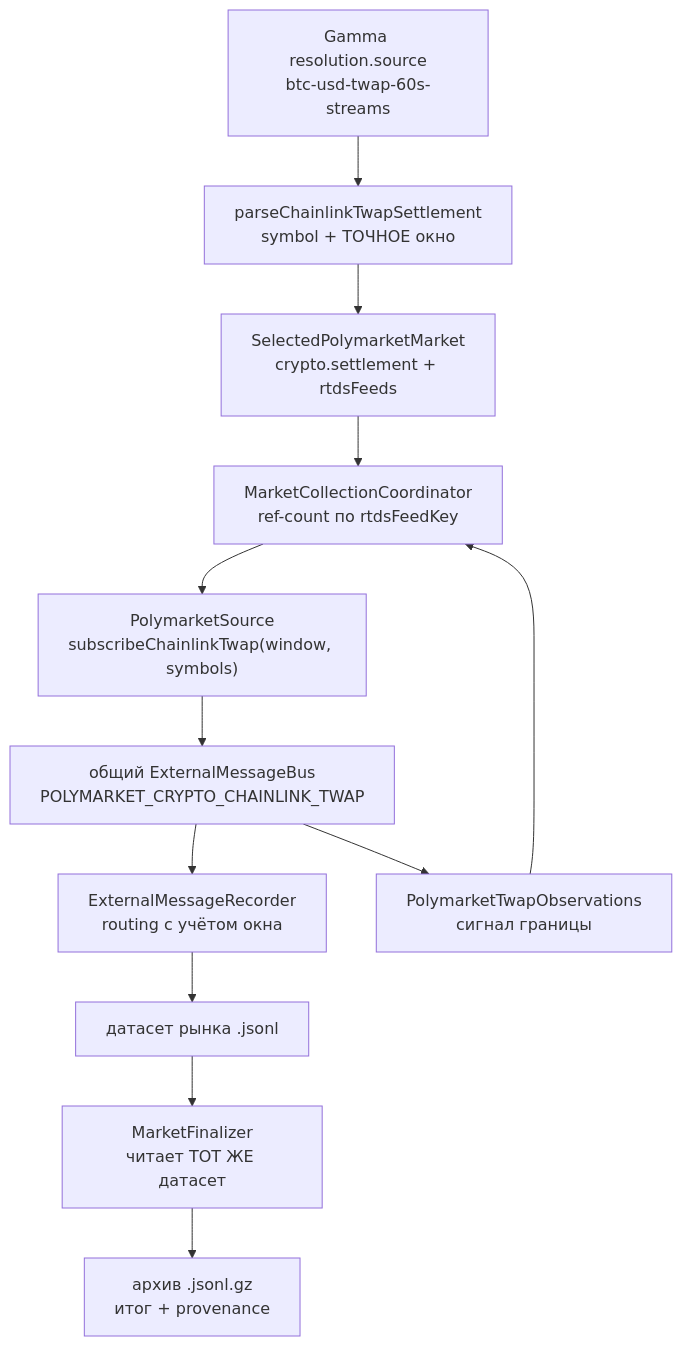
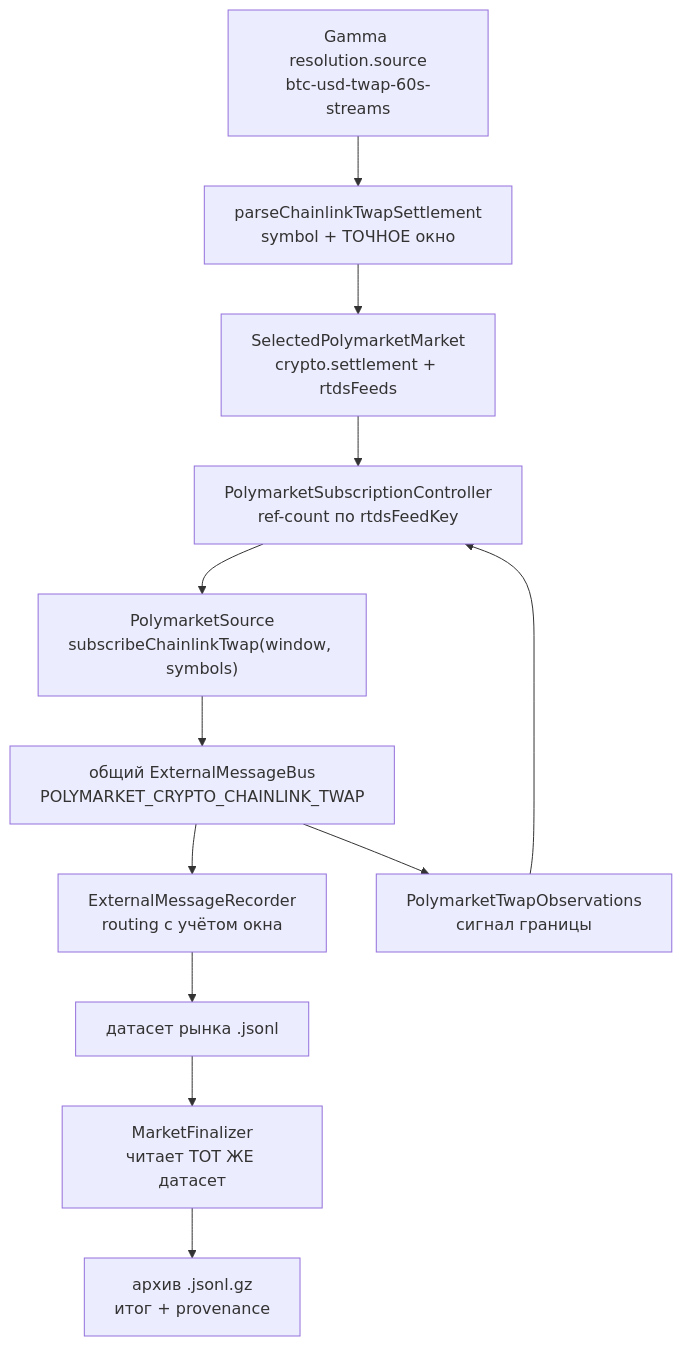
Before and after one commit to menvil/polymarket: the first of 2 diagrams in docs/guides/twap-settlement-and-resolution.md, drawn with Mermaid. The commit also changed 35 other files, not shown here.

````diff
--- a/docs/guides/twap-settlement-and-resolution.md
+++ b/docs/guides/twap-settlement-and-resolution.md
@@ -166,14 +166,14 @@
 ```mermaid
 flowchart TD
     G["Gamma resolution.source<br/>btc-usd-twap-60s-streams"] --> P["parseChainlinkTwapSettlement<br/>symbol + ТОЧНОЕ окно"]
     P --> D["SelectedPolymarketMarket<br/>crypto.settlement + rtdsFeeds"]
-    D --> C["MarketCollectionCoordinator<br/>ref-count по rtdsFeedKey"]
+    D --> C["PolymarketSubscriptionController<br/>ref-count по rtdsFeedKey"]
     C --> S["PolymarketSource<br/>subscribeChainlinkTwap(window, symbols)"]
     S --> B["общий ExternalMessageBus<br/>POLYMARKET_CRYPTO_CHAINLINK_TWAP"]
     B --> R["ExternalMessageRecorder<br/>routing с учётом окна"]
     B --> O["PolymarketTwapObservations<br/>сигнал границы"]
     R --> F["датасет рынка .jsonl"]
     O --> C
     F --> FIN["MarketFinalizer<br/>читает ТОТ ЖЕ датасет"]
     FIN --> A["архив .jsonl.gz<br/>итог + provenance"]
 ```
````
